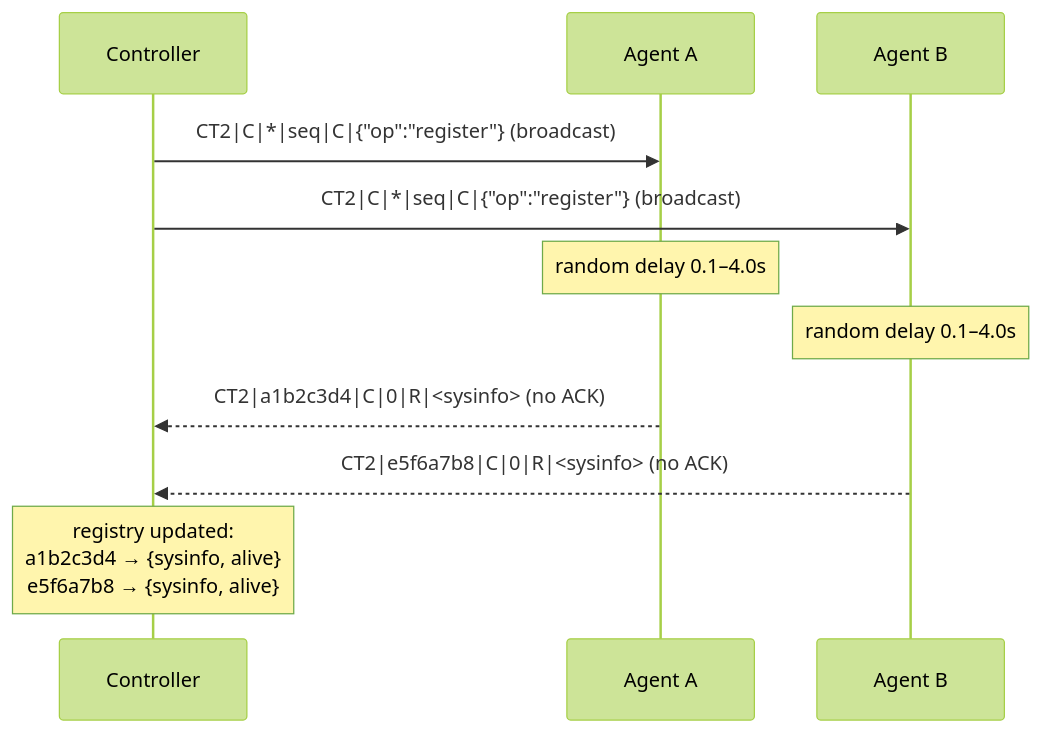
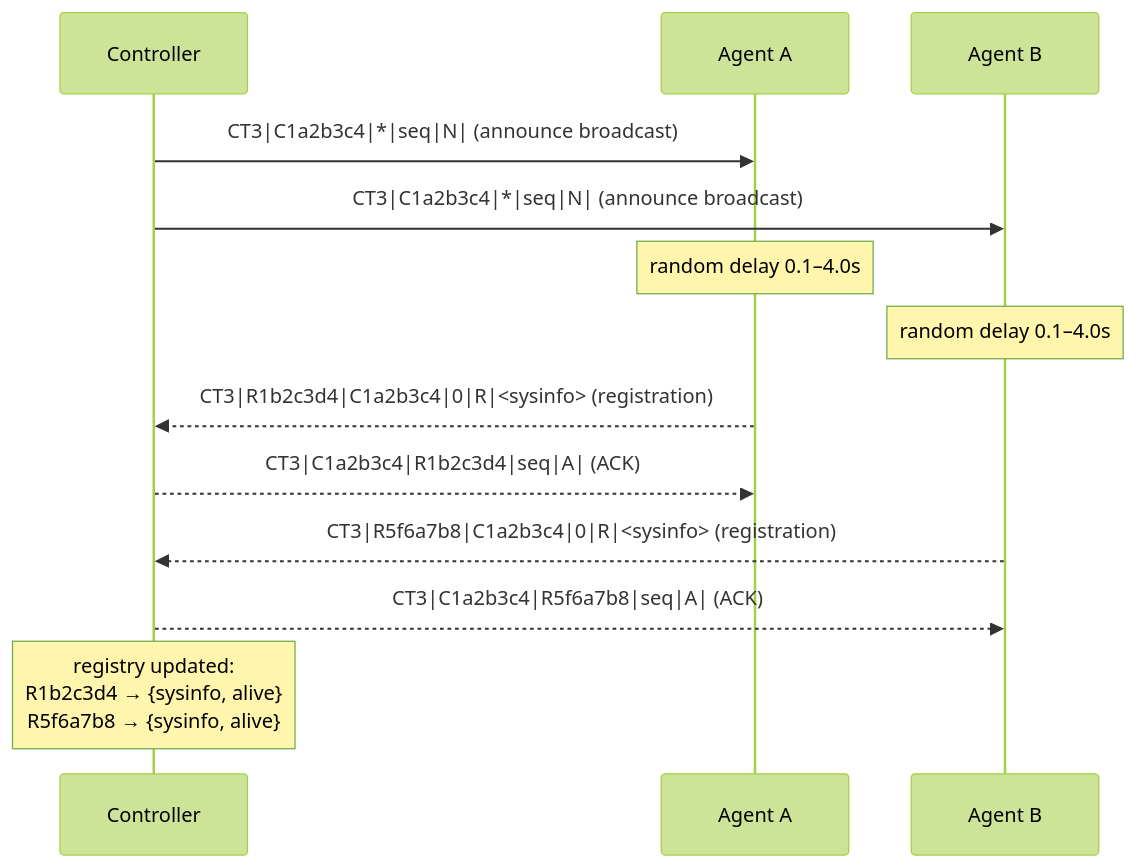
One commit to jordi-murgo/cliptunnel-mcp changed the second of 4 diagrams in README.md. Above: the diagram before and after it, drawn with Mermaid (forest theme). The commit also changed other lines of this file and 13 other files, not shown here.

````diff
--- a/README.md
+++ b/README.md
@@ -67,17 +67,19 @@
 ```mermaid
 sequenceDiagram
     participant C as Controller
     participant A1 as Agent A
     participant A2 as Agent B
 
-    C->>A1: CT2|C|*|seq|C|{"op":"register"} (broadcast)
-    C->>A2: CT2|C|*|seq|C|{"op":"register"} (broadcast)
+    C->>A1: CT3|C1a2b3c4|*|seq|N| (announce broadcast)
+    C->>A2: CT3|C1a2b3c4|*|seq|N| (announce broadcast)
 
     Note over A1: random delay 0.1–4.0s
     Note over A2: random delay 0.1–4.0s
 
-    A1-->>C: CT2|a1b2c3d4|C|0|R|<sysinfo> (no ACK)
-    A2-->>C: CT2|e5f6a7b8|C|0|R|<sysinfo> (no ACK)
+    A1-->>C: CT3|R1b2c3d4|C1a2b3c4|0|R|<sysinfo> (registration)
+    C-->>A1: CT3|C1a2b3c4|R1b2c3d4|seq|A| (ACK)
+    A2-->>C: CT3|R5f6a7b8|C1a2b3c4|0|R|<sysinfo> (registration)
+    C-->>A2: CT3|C1a2b3c4|R5f6a7b8|seq|A| (ACK)
 
-    Note over C: registry updated:<br/>a1b2c3d4 → {sysinfo, alive}<br/>e5f6a7b8 → {sysinfo, alive}
+    Note over C: registry updated:<br/>R1b2c3d4 → {sysinfo, alive}<br/>R5f6a7b8 → {sysinfo, alive}
 ```
````
